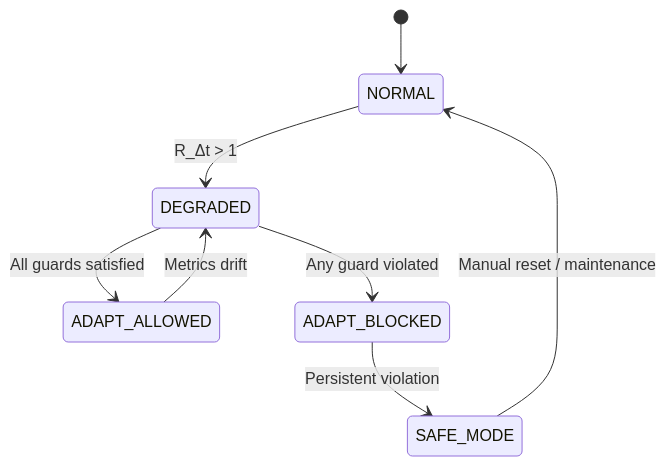
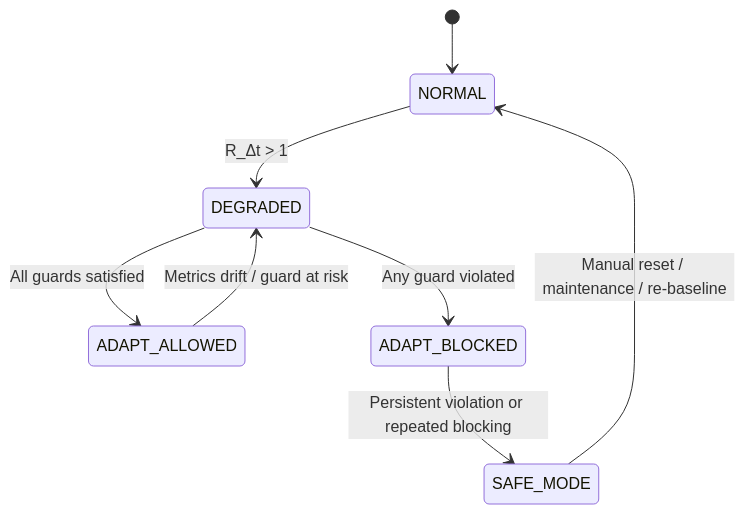
Before and after one commit to Samizo-AITL/aitl-controller-a-type: the diagram in docs/b_type/fsm_guard.md, drawn with Mermaid. The commit also changed other lines of this file, not shown here.

````diff
--- a/docs/b_type/fsm_guard.md
+++ b/docs/b_type/fsm_guard.md
@@ -171,13 +240,13 @@
 ```mermaid
 stateDiagram-v2
     [*] --> NORMAL
 
     NORMAL --> DEGRADED : R_Δt > 1
     DEGRADED --> ADAPT_ALLOWED : All guards satisfied
     DEGRADED --> ADAPT_BLOCKED : Any guard violated
 
-    ADAPT_ALLOWED --> DEGRADED : Metrics drift
-    ADAPT_BLOCKED --> SAFE_MODE : Persistent violation
+    ADAPT_ALLOWED --> DEGRADED : Metrics drift / guard at risk
+    ADAPT_BLOCKED --> SAFE_MODE : Persistent violation or repeated blocking
 
-    SAFE_MODE --> NORMAL : Manual reset / maintenance
+    SAFE_MODE --> NORMAL : Manual reset / maintenance / re-baseline
 ```
````
